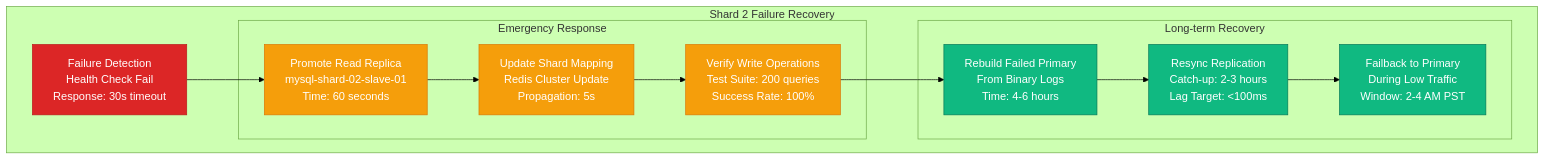
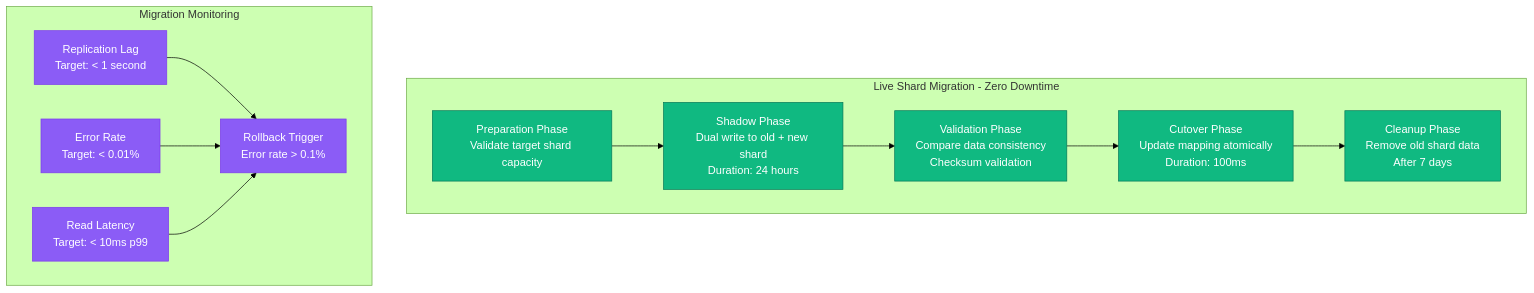
One commit to deepaucksharma/DS changed the fourth of 4 diagrams in site/docs/patterns/sharding-strategy-pinterest.md. Above: the diagram before and after it, drawn with Mermaid (forest theme). The commit also changed other lines of this file and 74 other files, not shown here.

````diff
--- a/site/docs/patterns/sharding-strategy-pinterest.md
+++ b/site/docs/patterns/sharding-strategy-pinterest.md
@@ -149,33 +145,32 @@
 ```mermaid
 graph TB
-    subgraph FailureScenario[Shard 2 Failure Recovery]
-        DETECT[Failure Detection<br/>Health Check Fail<br/>Response: 30s timeout]
-
-        subgraph Emergency[Emergency Response]
-            PROMOTE[Promote Read Replica<br/>mysql-shard-02-slave-01<br/>Time: 60 seconds]
-            REDIRECT[Update Shard Mapping<br/>Redis Cluster Update<br/>Propagation: 5s]
-            VERIFY[Verify Write Operations<br/>Test Suite: 200 queries<br/>Success Rate: 100%]
-        end
-
-        subgraph LongTerm[Long-term Recovery]
-            REBUILD[Rebuild Failed Primary<br/>From Binary Logs<br/>Time: 4-6 hours]
-            RESYNC[Resync Replication<br/>Catch-up: 2-3 hours<br/>Lag Target: <100ms]
-            FAILBACK[Failback to Primary<br/>During Low Traffic<br/>Window: 2-4 AM PST]
-        end
+    subgraph Migration[Live Shard Migration - Zero Downtime]
+        PREP[Preparation Phase<br/>Validate target shard capacity]
+        SHADOW[Shadow Phase<br/>Dual write to old + new shard<br/>Duration: 24 hours]
+        VALIDATE[Validation Phase<br/>Compare data consistency<br/>Checksum validation]
+        CUTOVER[Cutover Phase<br/>Update mapping atomically<br/>Duration: 100ms]
+        CLEANUP[Cleanup Phase<br/>Remove old shard data<br/>After 7 days]
     end
 
-    DETECT --> PROMOTE
-    PROMOTE --> REDIRECT
-    REDIRECT --> VERIFY
-    VERIFY --> REBUILD
-    REBUILD --> RESYNC
-    RESYNC --> FAILBACK
+    subgraph Monitoring[Migration Monitoring]
+        LAG[Replication Lag<br/>Target: < 1 second]
+        ERROR[Error Rate<br/>Target: < 0.01%]
+        LATENCY[Read Latency<br/>Target: < 10ms p99]
+        ROLLBACK[Rollback Trigger<br/>Error rate > 0.1%]
+    end
 
-    classDef detectStyle fill:#DC2626,stroke:#B91C1C,color:#fff
-    classDef emergencyStyle fill:#F59E0B,stroke:#D97706,color:#fff
-    classDef recoveryStyle fill:#10B981,stroke:#047857,color:#fff
+    PREP --> SHADOW
+    SHADOW --> VALIDATE
+    VALIDATE --> CUTOVER
+    CUTOVER --> CLEANUP
 
-    class DETECT detectStyle
-    class PROMOTE,REDIRECT,VERIFY emergencyStyle
-    class REBUILD,RESYNC,FAILBACK recoveryStyle
+    LAG --> ROLLBACK
+    ERROR --> ROLLBACK
+    LATENCY --> ROLLBACK
+
+    classDef serviceStyle fill:#10B981,stroke:#047857,color:#fff
+    classDef controlStyle fill:#8B5CF6,stroke:#7C3AED,color:#fff
+
+    class PREP,SHADOW,VALIDATE,CUTOVER,CLEANUP serviceStyle
+    class LAG,ERROR,LATENCY,ROLLBACK controlStyle
 ```
````
